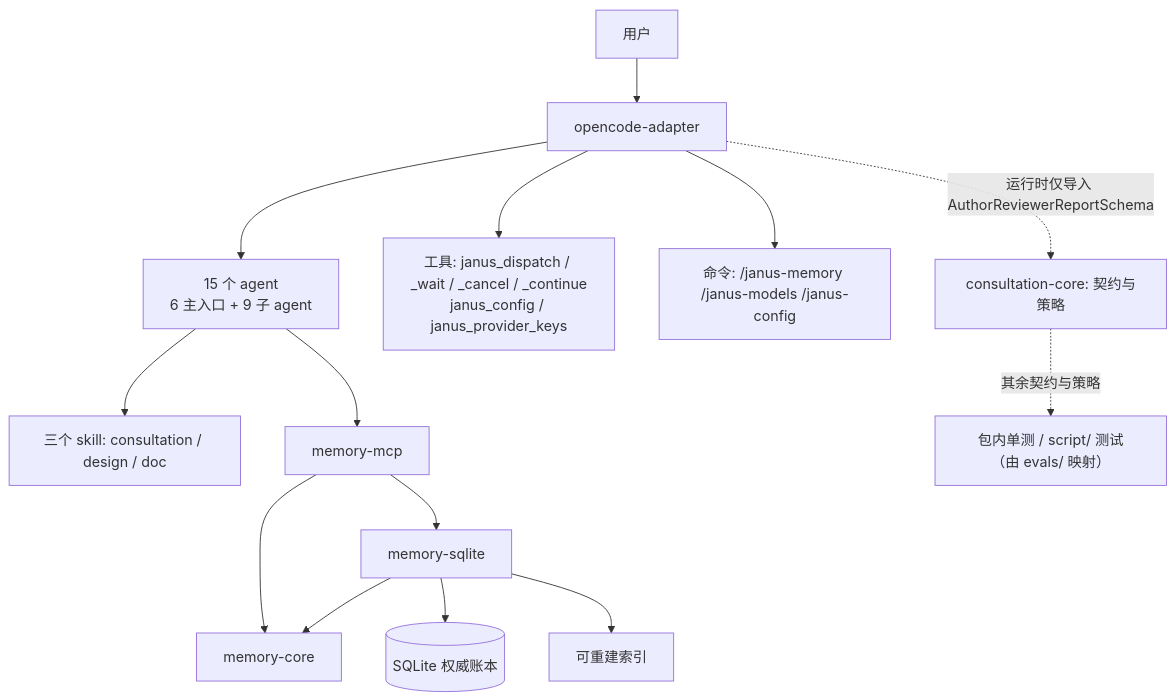
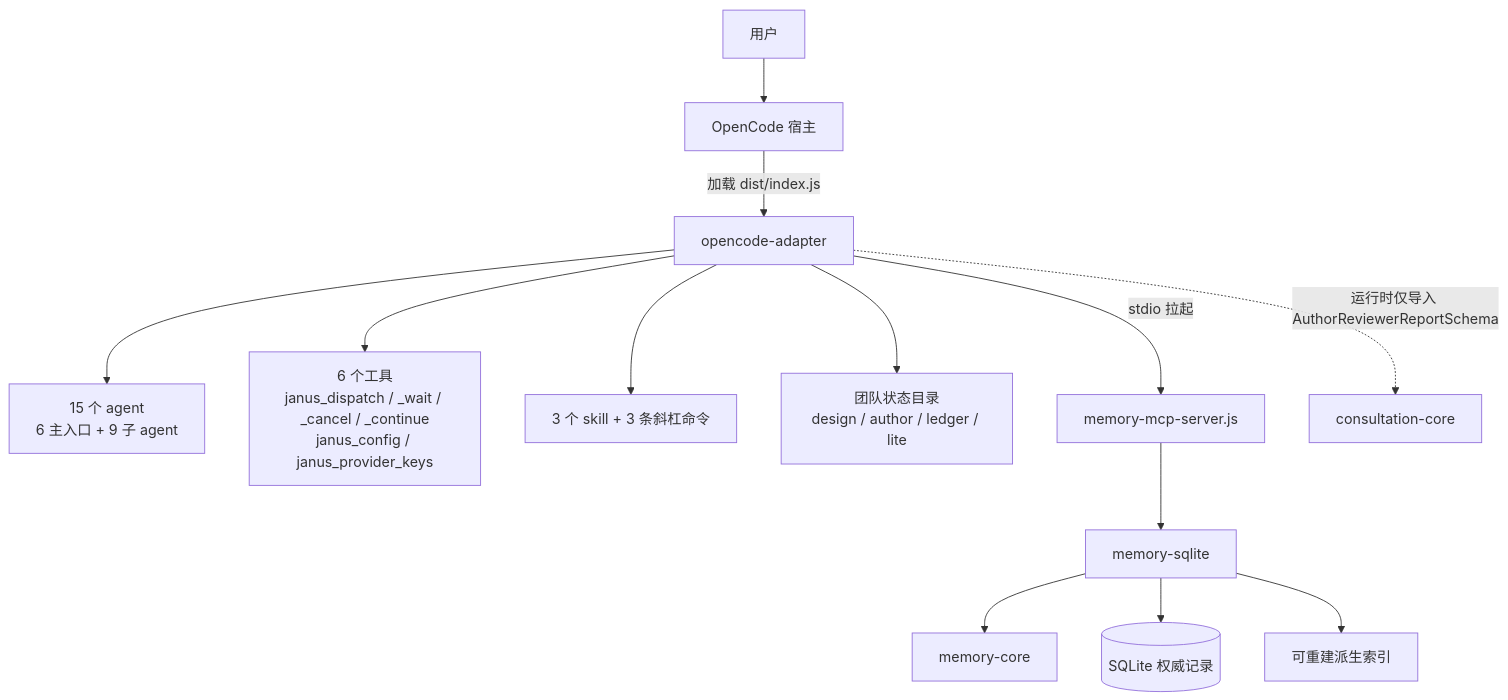
The diagram in docs/architecture.md (Arrowyi/janus-agent-plugin), drawn with Mermaid before and after one commit. The commit also changed other lines of this file and 5 other files, not shown here.

````diff
--- a/docs/architecture.md
+++ b/docs/architecture.md
@@ -39,16 +15,15 @@
 ```mermaid
 flowchart TB
-    U[用户] --> OA["opencode-adapter"]
+    U[用户] --> HOST[OpenCode 宿主]
+    HOST -->|"加载 dist/index.js"| OA[opencode-adapter]
     OA --> AG["15 个 agent<br/>6 主入口 + 9 子 agent"]
-    OA --> TL["工具: janus_dispatch / _wait / _cancel / _continue<br/>janus_config / janus_provider_keys"]
-    OA --> CMD["命令: /janus-memory /janus-models /janus-config"]
-    AG --> SK["三个 skill: consultation / design / doc"]
-    AG --> MCP["memory-mcp"]
-    MCP --> SQ["memory-sqlite"]
-    MCP --> MC["memory-core"]
-    SQ --> MC
-    SQ --> DB[(SQLite 权威账本)]
-    SQ --> IDX[可重建索引]
-    OA -.->|"运行时仅导入 AuthorReviewerReportSchema"| CC["consultation-core: 契约与策略"]
-    CC -.->|"其余契约与策略"| T["包内单测 / script/ 测试（由 evals/ 映射）"]
+    OA --> TL["6 个工具<br/>janus_dispatch / _wait / _cancel / _continue<br/>janus_config / janus_provider_keys"]
+    OA --> SK["3 个 skill + 3 条斜杠命令"]
+    OA --> ST["团队状态目录<br/>design / author / ledger / lite"]
+    OA -->|"stdio 拉起"| MCP["memory-mcp-server.js"]
+    MCP --> SQ[memory-sqlite]
+    SQ --> MC[memory-core]
+    SQ --> DB[("SQLite 权威记录")]
+    SQ --> IDX["可重建派生索引"]
+    OA -.->|"运行时仅导入 AuthorReviewerReportSchema"| CC[consultation-core]
 ```
````
